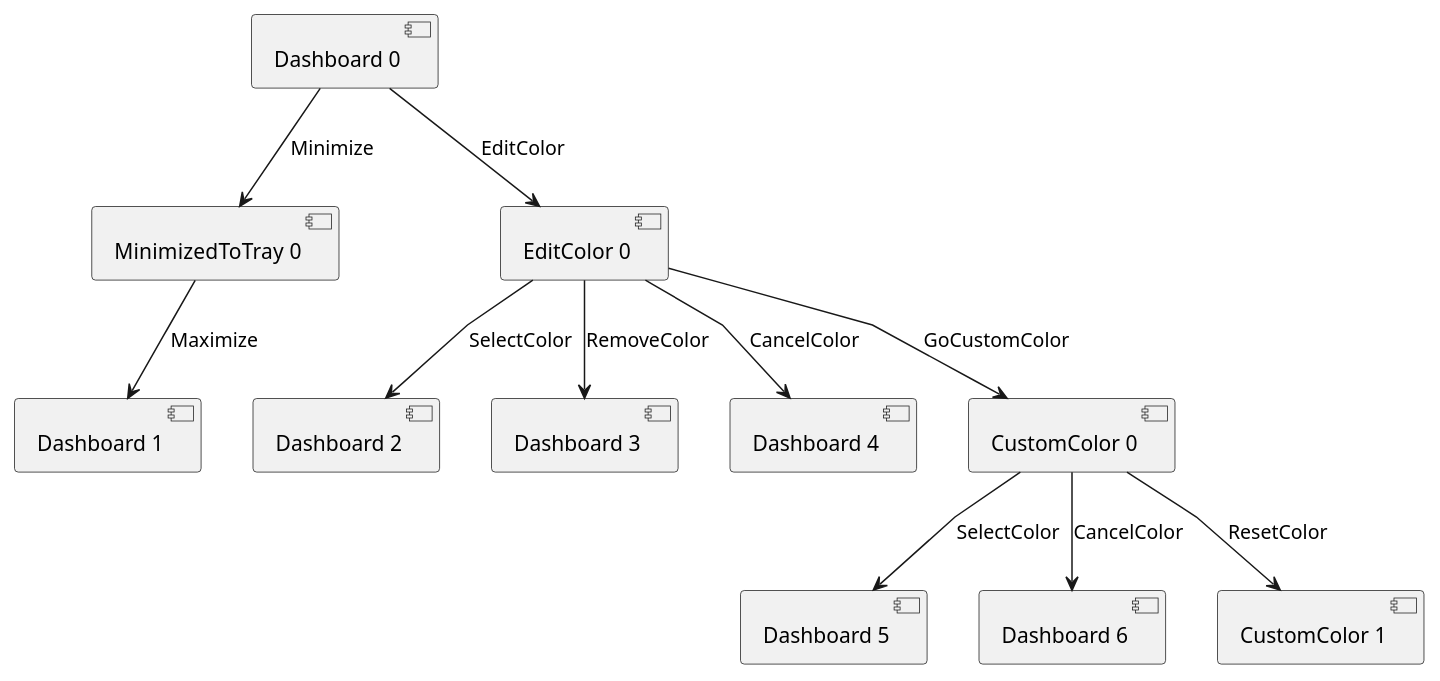
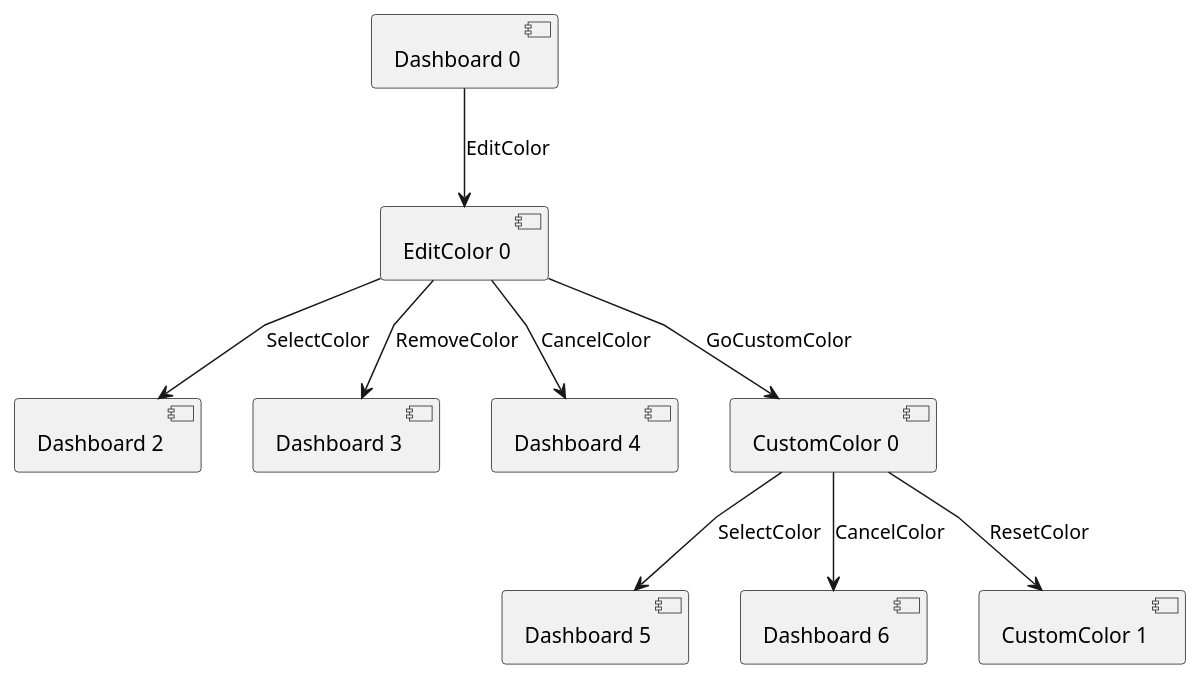
The diagram in assignments/4_model_based_testing/transition_trees/transition_tree_3.puml (JoaoCostaIFG/tvvs), drawn with PlantUML before and after one commit. The commit also changed 3 other files, not shown here.

```diff
--- a/assignments/4_model_based_testing/transition_trees/transition_tree_3.puml
+++ b/assignments/4_model_based_testing/transition_trees/transition_tree_3.puml
@@ -1,17 +1,13 @@
 @startuml
 skinparam linetype polyline
-
-[Dashboard 0] -d-> [MinimizedToTray 0] : Minimize
 [Dashboard 0] -d-> [EditColor 0] : EditColor
-
-[MinimizedToTray 0] -d-> [Dashboard 1] : Maximize
 
 [EditColor 0] -d-> [Dashboard 2] : SelectColor
 [EditColor 0] -d-> [Dashboard 3] : RemoveColor
 [EditColor 0] -d-> [Dashboard 4] : CancelColor
 [EditColor 0] -d-> [CustomColor 0] : GoCustomColor
 
 [CustomColor 0] -d-> [Dashboard 5] : SelectColor
 [CustomColor 0] -d-> [Dashboard 6] : CancelColor
 [CustomColor 0] -d-> [CustomColor 1] : ResetColor
 @enduml
```
